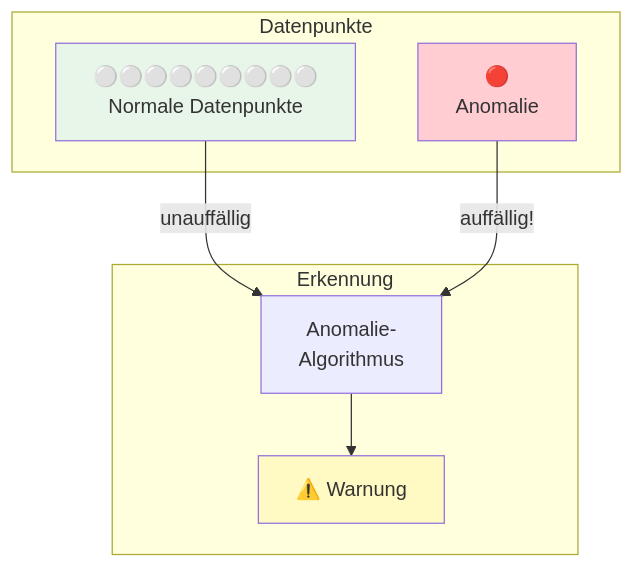
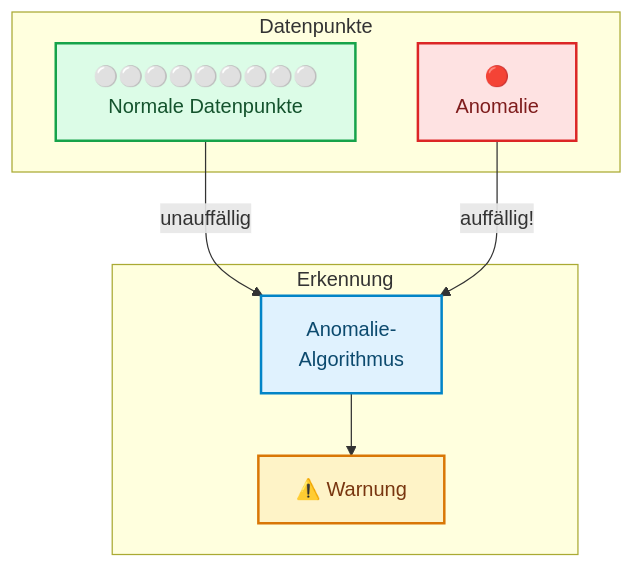
One commit to ralf-42/ML_Intro changed diagram 11 of 14 in docs/concepts/grundlagen/machine_learning_grundlagen.md. Above: the diagram before and after it, drawn with Mermaid. The commit also changed other lines of this file and 67 other files, not shown here.

````diff
--- a/docs/concepts/grundlagen/machine_learning_grundlagen.md
+++ b/docs/concepts/grundlagen/machine_learning_grundlagen.md
@@ -416,18 +422,22 @@
 ```mermaid
 flowchart TB
     subgraph data["Datenpunkte"]
         NORMAL["⚪⚪⚪⚪⚪⚪⚪⚪⚪<br/>Normale Datenpunkte"]
         ANOMALY["🔴<br/>Anomalie"]
     end
     
     subgraph result["Erkennung"]
         AN_ALG["Anomalie-<br/>Algorithmus"]
         NORMAL --> |"unauffällig"| AN_ALG
         ANOMALY --> |"auffällig!"| AN_ALG
         AN_ALG --> ALERT["⚠️ Warnung"]
     end
-    
-    style NORMAL fill:#e8f5e9
-    style ANOMALY fill:#ffcdd2
-    style ALERT fill:#fff9c4
+
+    classDef default fill:#e0f2fe,stroke:#0284c7,stroke-width:2px,color:#0c4a6e;
+    classDef metric fill:#fef3c7,stroke:#d97706,stroke-width:2px,color:#78350f;
+    classDef output fill:#dcfce7,stroke:#16a34a,stroke-width:2px,color:#14532d;
+    classDef stop fill:#fee2e2,stroke:#dc2626,stroke-width:2px,color:#7f1d1d;
+    class ALERT metric;
+    class NORMAL output;
+    class ANOMALY stop;
 ```
````
